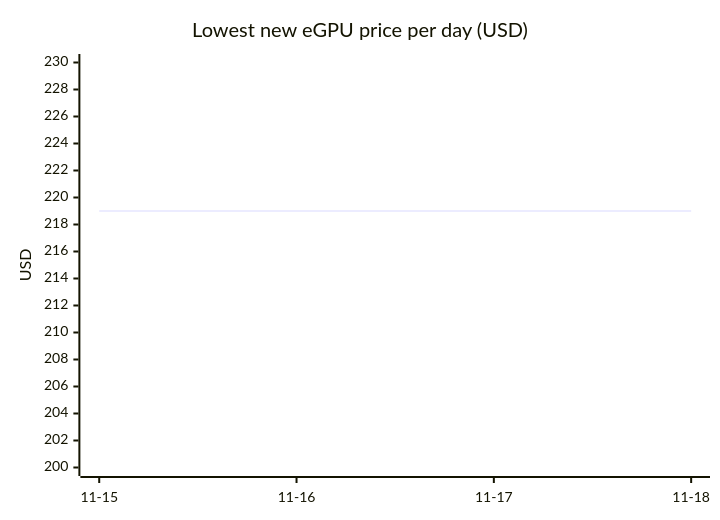
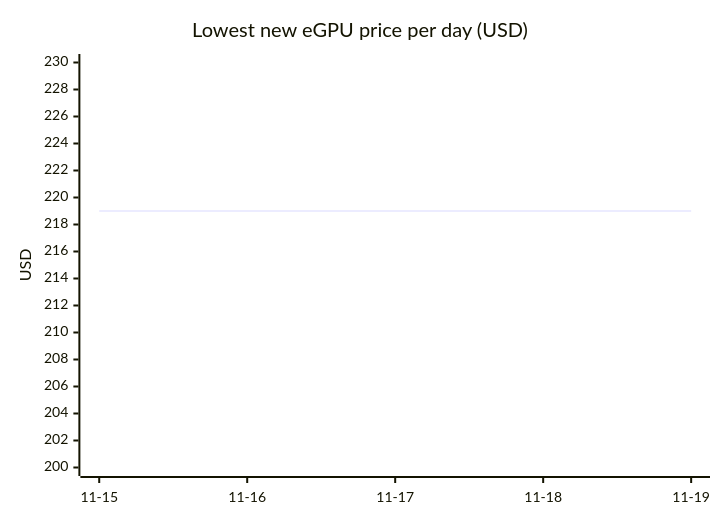
Diagram 15 of 18 in README.md (7324136828/4tb_ssd_price_watch), drawn with Mermaid before and after one commit. The commit also changed other lines of this file, not shown here.

````diff
--- a/README.md
+++ b/README.md
@@ -1054,7 +1158,7 @@
 ```mermaid
 xychart-beta
     title "Lowest new eGPU price per day (USD)"
-    x-axis ["11-15", "11-16", "11-17", "11-18"]
+    x-axis ["11-15", "11-16", "11-17", "11-18", "11-19"]
     y-axis "USD" 200 --> 230
-    line [219.00, 219.00, 219.00, 219.00]
+    line [219.00, 219.00, 219.00, 219.00, 219.00]
 ```
````
